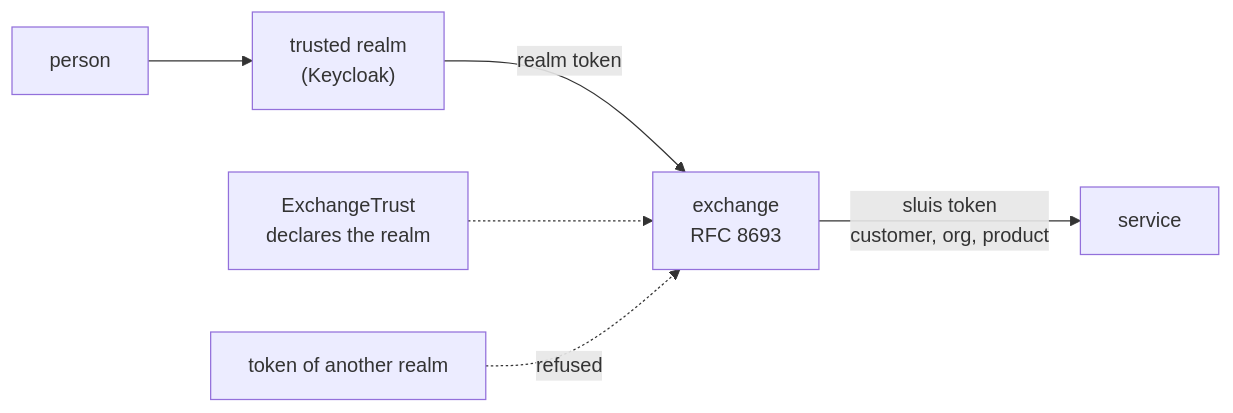
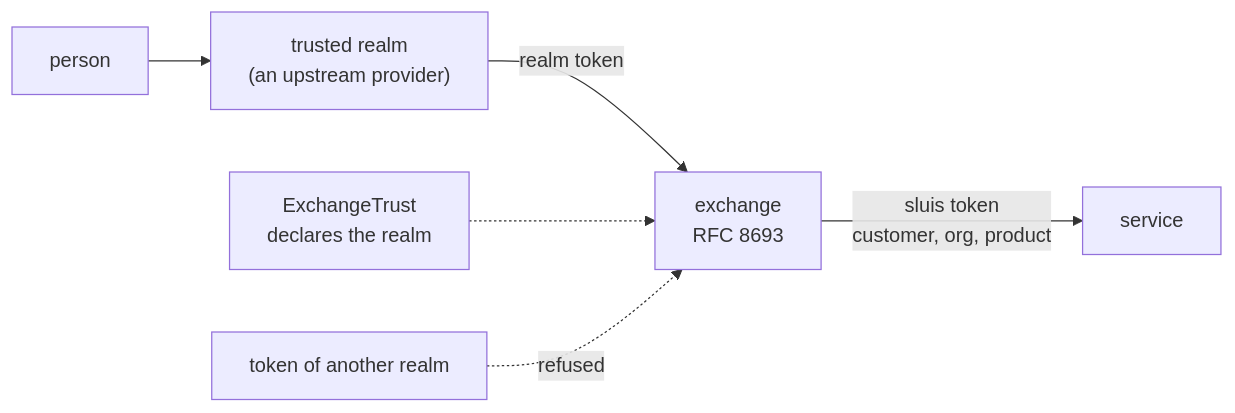
The first of 2 diagrams in docs/concepts/identity.md (truvity/sluis), drawn with Mermaid before and after one commit. The commit also changed other lines of this file and 154 other files, not shown here.

````diff
--- a/docs/concepts/identity.md
+++ b/docs/concepts/identity.md
@@ -77,8 +78,8 @@
 ```mermaid
 flowchart LR
-  user["person"] --> realm["trusted realm<br/>(Keycloak)"]
+  user["person"] --> realm["trusted realm<br/>(an upstream provider)"]
   realm -->|"realm token"| xchg["exchange<br/>RFC 8693"]
   trust["ExchangeTrust<br/>declares the realm"] -.-> xchg
   xchg -->|"sluis token<br/>customer, org, product"| svc["service"]
   other["token of another realm"] -.->|"refused"| xchg
 ```
````
